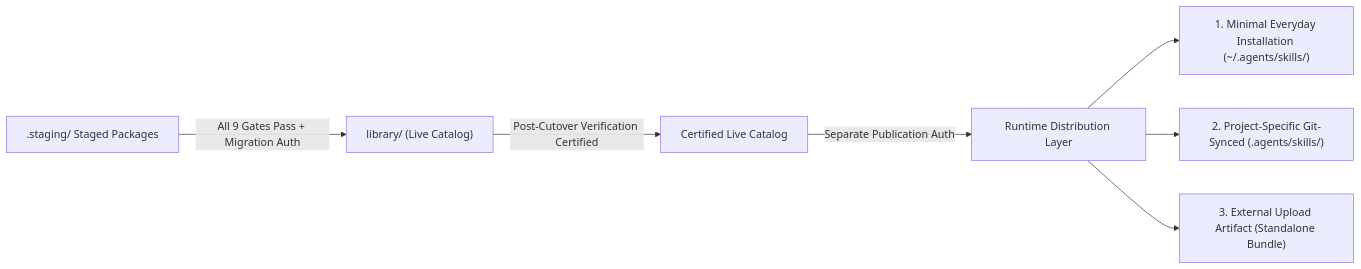
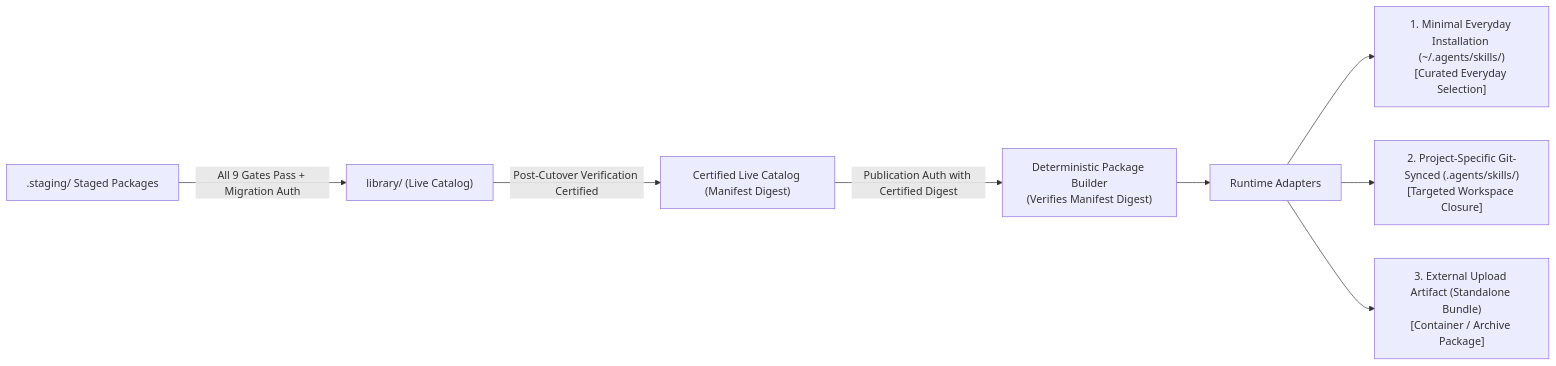
Before and after one commit to REVREBEL/skills-library: the third of 3 diagrams in docs/architecture/MIGRATION_ROADMAP.md, drawn with Mermaid. The commit also changed other lines of this file and 2 other files, not shown here.

First line of the commit message:
docs(REV-132): address review feedback on certified digest, discovery vs installation, and gate 9

````diff
--- a/docs/architecture/MIGRATION_ROADMAP.md
+++ b/docs/architecture/MIGRATION_ROADMAP.md
@@ -321,9 +334,10 @@
 ```mermaid
 flowchart LR
     Staging[".staging/ Staged Packages"] -->|All 9 Gates Pass + Migration Auth| Live["library/ (Live Catalog)"]
-    Live -->|Post-Cutover Verification Certified| Certified["Certified Live Catalog"]
-    Certified -->|Separate Publication Auth| Dist["Runtime Distribution Layer"]
-    Dist --> D1["1. Minimal Everyday Installation (~/.agents/skills/)"]
-    Dist --> D2["2. Project-Specific Git-Synced (.agents/skills/)"]
-    Dist --> D3["3. External Upload Artifact (Standalone Bundle)"]
+    Live -->|Post-Cutover Verification Certified| Certified["Certified Live Catalog (Manifest Digest)"]
+    Certified -->|Publication Auth with Certified Digest| Builder["Deterministic Package Builder\n(Verifies Manifest Digest)"]
+    Builder --> Dist["Runtime Adapters"]
+    Dist --> D1["1. Minimal Everyday Installation (~/.agents/skills/)\n[Curated Everyday Selection]"]
+    Dist --> D2["2. Project-Specific Git-Synced (.agents/skills/)\n[Targeted Workspace Closure]"]
+    Dist --> D3["3. External Upload Artifact (Standalone Bundle)\n[Container / Archive Package]"]
 ```
````
